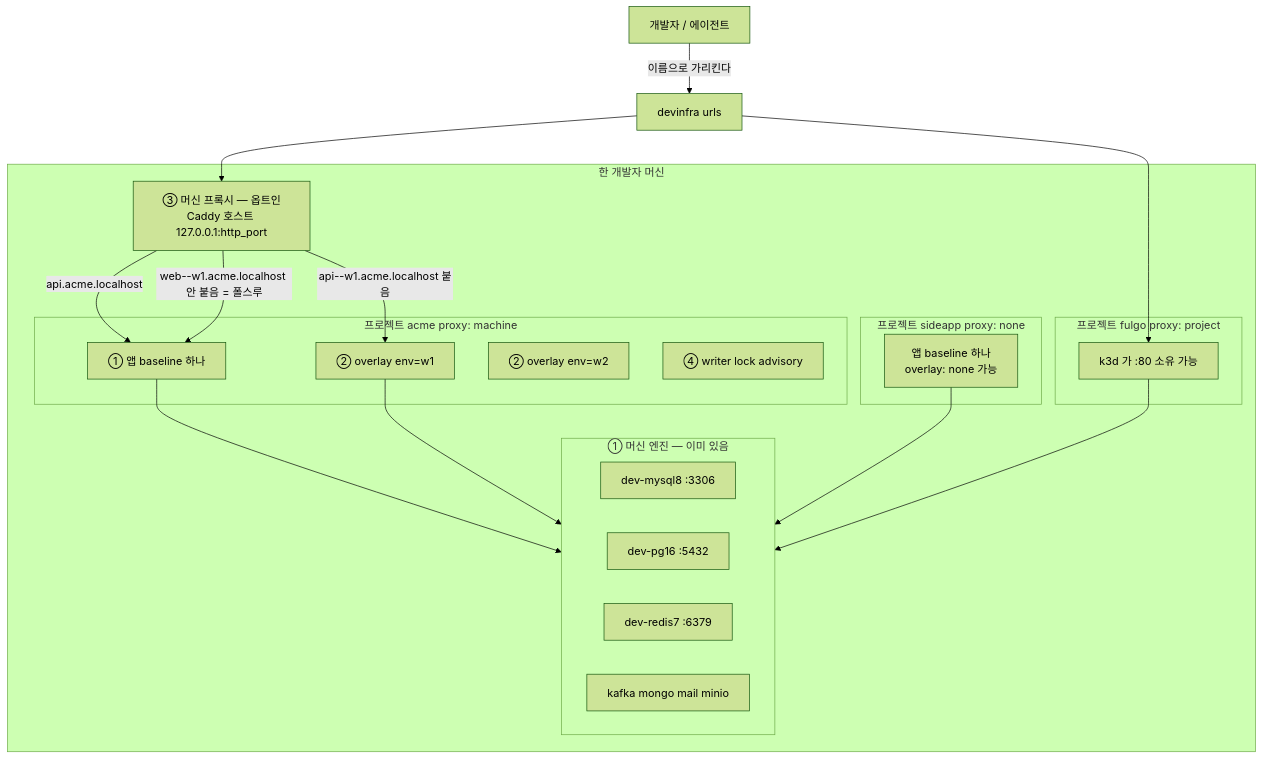
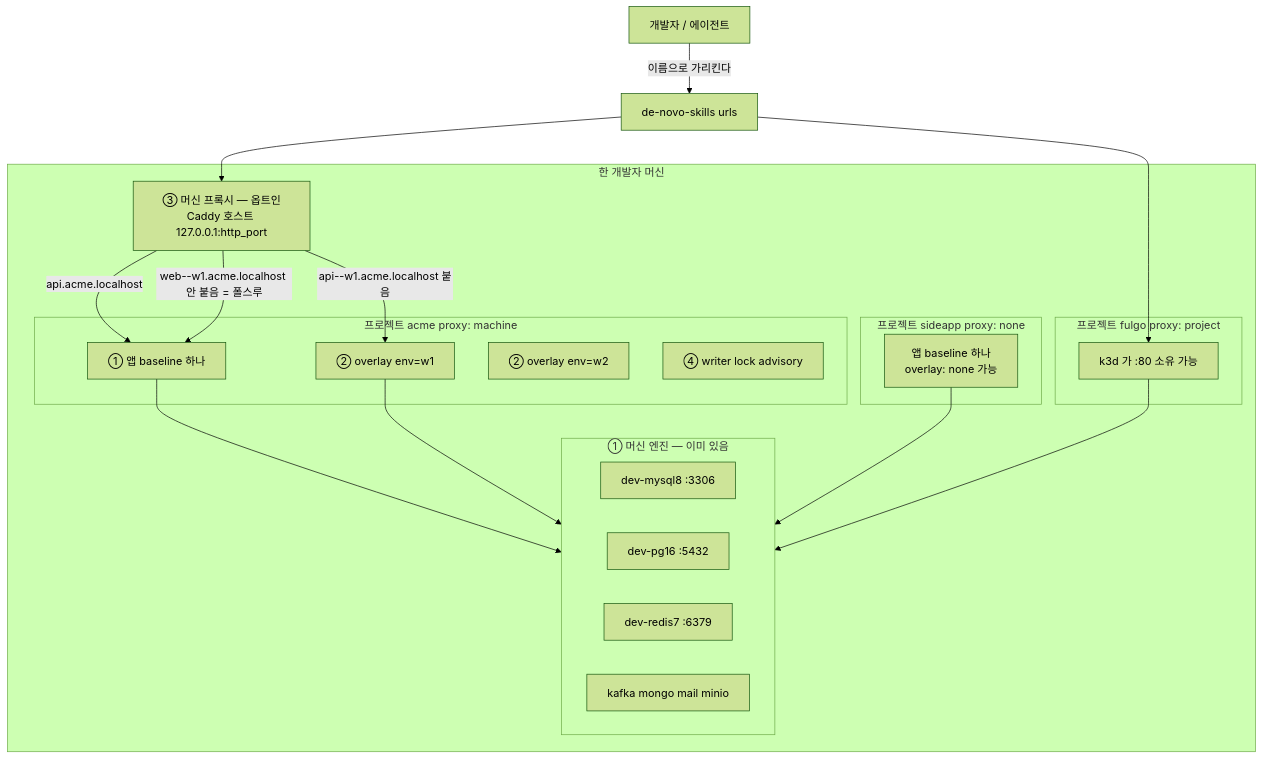
One commit to JUN-HYUCK-PARK/skills changed the first of 4 diagrams in docs/unified-local-infra.md. Above: the diagram before and after it, drawn with Mermaid (forest theme). The commit also changed other lines of this file and 11 other files, not shown here.

````diff
--- a/docs/unified-local-infra.md
+++ b/docs/unified-local-infra.md
@@ -94,39 +94,39 @@
 ```mermaid
 flowchart TB
   subgraph machine["한 개발자 머신"]
     subgraph engines["① 머신 엔진 — 이미 있음"]
       MYSQL[dev-mysql8 :3306]
       PG[dev-pg16 :5432]
       REDIS[dev-redis7 :6379]
       MORE[kafka mongo mail minio]
     end
 
     PROXY["③ 머신 프록시 — 옵트인\nCaddy 호스트 127.0.0.1:http_port"]
 
     subgraph projA["프로젝트 acme  proxy: machine"]
       BASEA["① 앱 baseline 하나"]
       OVL1["② overlay env=w1"]
       OVL2["② overlay env=w2"]
       LOCKA["④ writer lock advisory"]
     end
 
     subgraph projB["프로젝트 sideapp  proxy: none"]
       BASEB["앱 baseline 하나\noverlay: none 가능"]
     end
 
     subgraph projC["프로젝트 fulgo  proxy: project"]
       K3D["k3d 가 :80 소유 가능"]
     end
   end
 
-  DEV[개발자 / 에이전트] -->|이름으로 가리킨다| URLS[devinfra urls]
+  DEV[개발자 / 에이전트] -->|이름으로 가리킨다| URLS[de-novo-skills urls]
   URLS --> PROXY
   URLS --> K3D
   PROXY -->|api.acme.localhost| BASEA
   PROXY -->|api--w1.acme.localhost 붙음| OVL1
   PROXY -->|web--w1.acme.localhost 안 붙음 = 폴스루| BASEA
   BASEA --> engines
   OVL1 --> engines
   BASEB --> engines
   K3D --> engines
 ```
````
